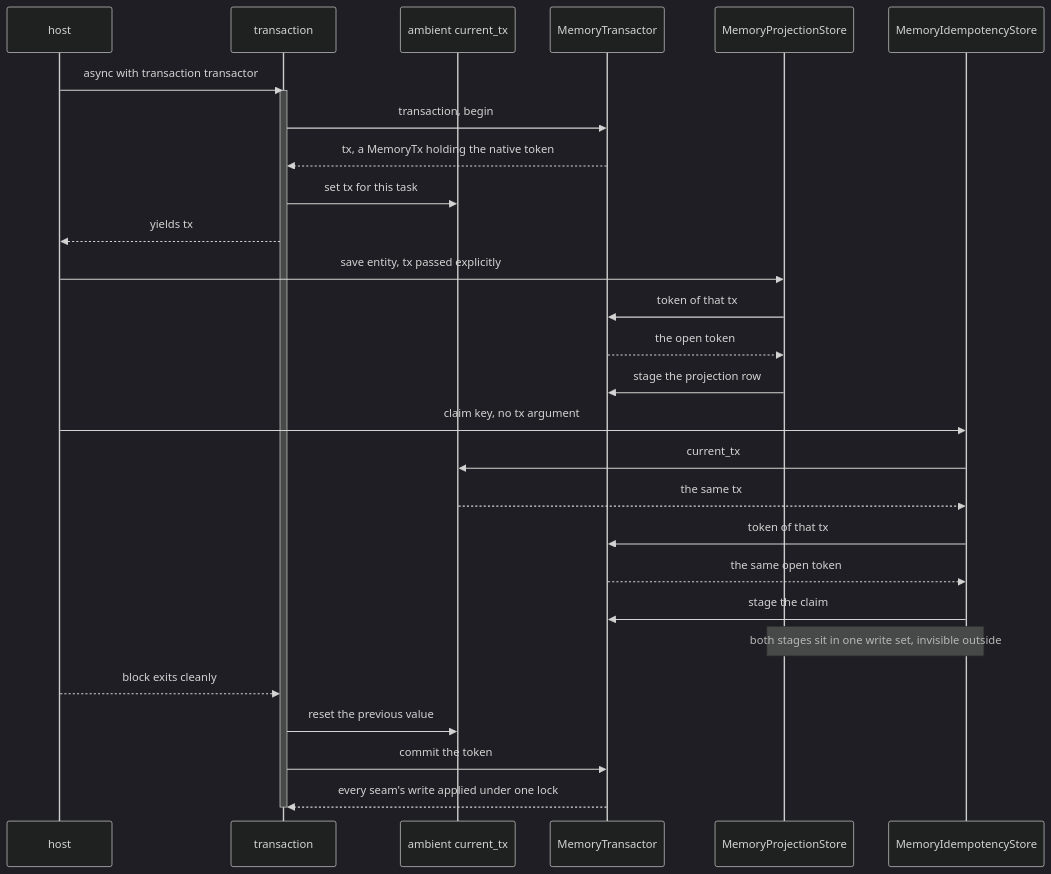
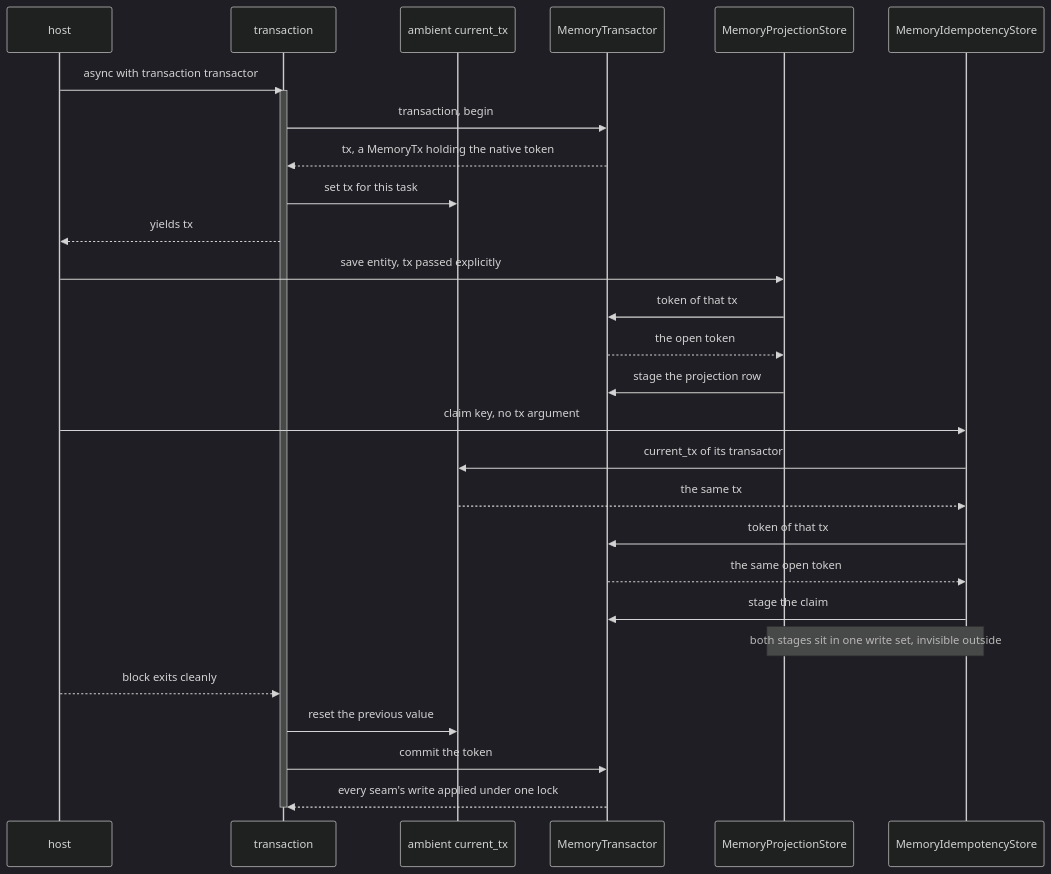
Before and after one commit to haskian/edax: the third of 3 diagrams in docs/sdk/transactions.md, drawn with Mermaid (dark theme). The commit also changed other lines of this file and 234 other files, not shown here.

````diff
--- a/docs/sdk/transactions.md
+++ b/docs/sdk/transactions.md
@@ -168,35 +180,35 @@
 ```mermaid
 sequenceDiagram
     participant H as host
     participant W as transaction
     participant CV as ambient current_tx
     participant T as MemoryTransactor
     participant P as MemoryProjectionStore
     participant I as MemoryIdempotencyStore
 
     H->>W: async with transaction transactor
     activate W
     W->>T: transaction, begin
     T-->>W: tx, a MemoryTx holding the native token
     W->>CV: set tx for this task
     W-->>H: yields tx
 
     H->>P: save entity, tx passed explicitly
     P->>T: token of that tx
     T-->>P: the open token
     P->>T: stage the projection row
 
     H->>I: claim key, no tx argument
-    I->>CV: current_tx
+    I->>CV: current_tx of its transactor
     CV-->>I: the same tx
     I->>T: token of that tx
     T-->>I: the same open token
     I->>T: stage the claim
     Note over P,I: both stages sit in one write set, invisible outside
 
     H-->>W: block exits cleanly
     W->>CV: reset the previous value
     W->>T: commit the token
     T-->>W: every seam's write applied under one lock
     deactivate W
 ```
````
